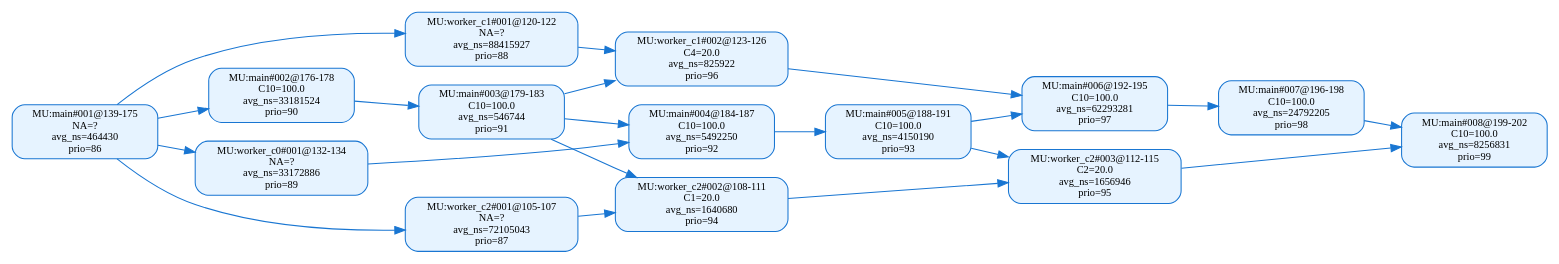
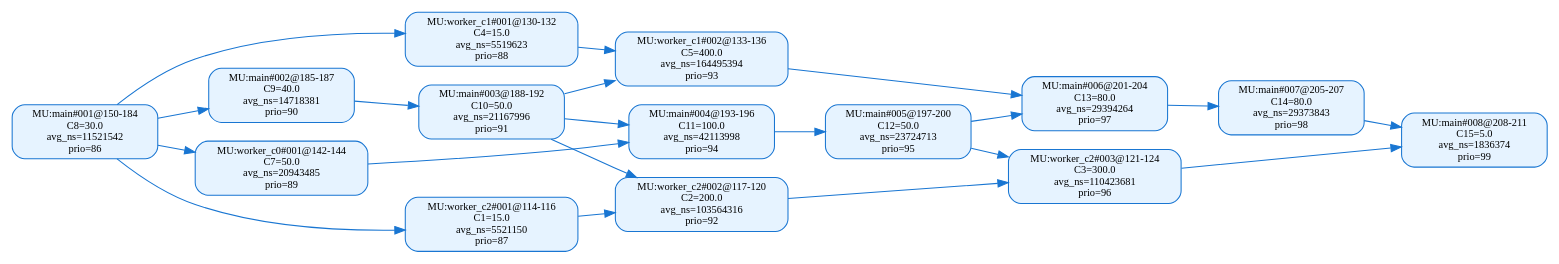
The diagram in 中间结果/zhang2/pipeline/validation/level2/effective_line_merge/t_level/dag_seg_annotated_value.dot (RTS-SYSU/DAG-Gen), drawn with Graphviz before and after one commit. The commit also changed 4464 other files, not shown here.

```diff
--- a/中间结果/zhang2/pipeline/validation/level2/effective_line_merge/t_level/dag_seg_annotated_value.dot
+++ b/中间结果/zhang2/pipeline/validation/level2/effective_line_merge/t_level/dag_seg_annotated_value.dot
@@ -1,38 +1,38 @@
 digraph dag_seg_annotated_value {
   rankdir=LR;
   node [shape=box, style="rounded,filled", fillcolor="#E6F3FF", color="#1976D2", fontsize=10];
   edge [color="#1976D2"];
-  "MU:main#001@139-175" [label="MU:main#001@139-175\nNA=?\navg_ns=464430\nprio=86"];
-  "MU:main#002@176-178" [label="MU:main#002@176-178\nC10=100.0\navg_ns=33181524\nprio=90"];
-  "MU:main#003@179-183" [label="MU:main#003@179-183\nC10=100.0\navg_ns=546744\nprio=91"];
-  "MU:main#004@184-187" [label="MU:main#004@184-187\nC10=100.0\navg_ns=5492250\nprio=92"];
-  "MU:main#005@188-191" [label="MU:main#005@188-191\nC10=100.0\navg_ns=4150190\nprio=93"];
-  "MU:main#006@192-195" [label="MU:main#006@192-195\nC10=100.0\navg_ns=62293281\nprio=97"];
-  "MU:main#007@196-198" [label="MU:main#007@196-198\nC10=100.0\navg_ns=24792205\nprio=98"];
-  "MU:main#008@199-202" [label="MU:main#008@199-202\nC10=100.0\navg_ns=8256831\nprio=99"];
-  "MU:worker_c0#001@132-134" [label="MU:worker_c0#001@132-134\nNA=?\navg_ns=33172886\nprio=89"];
-  "MU:worker_c1#001@120-122" [label="MU:worker_c1#001@120-122\nNA=?\navg_ns=88415927\nprio=88"];
-  "MU:worker_c1#002@123-126" [label="MU:worker_c1#002@123-126\nC4=20.0\navg_ns=825922\nprio=96"];
-  "MU:worker_c2#001@105-107" [label="MU:worker_c2#001@105-107\nNA=?\navg_ns=72105043\nprio=87"];
-  "MU:worker_c2#002@108-111" [label="MU:worker_c2#002@108-111\nC1=20.0\navg_ns=1640680\nprio=94"];
-  "MU:worker_c2#003@112-115" [label="MU:worker_c2#003@112-115\nC2=20.0\navg_ns=1656946\nprio=95"];
-  "MU:worker_c2#001@105-107" -> "MU:worker_c2#002@108-111";
-  "MU:worker_c2#002@108-111" -> "MU:worker_c2#003@112-115";
-  "MU:worker_c1#001@120-122" -> "MU:worker_c1#002@123-126";
-  "MU:main#001@139-175" -> "MU:main#002@176-178";
-  "MU:main#002@176-178" -> "MU:main#003@179-183";
-  "MU:main#003@179-183" -> "MU:main#004@184-187";
-  "MU:main#004@184-187" -> "MU:main#005@188-191";
-  "MU:main#005@188-191" -> "MU:main#006@192-195";
-  "MU:main#006@192-195" -> "MU:main#007@196-198";
-  "MU:main#007@196-198" -> "MU:main#008@199-202";
-  "MU:main#001@139-175" -> "MU:worker_c0#001@132-134";
-  "MU:main#001@139-175" -> "MU:worker_c1#001@120-122";
-  "MU:main#001@139-175" -> "MU:worker_c2#001@105-107";
-  "MU:worker_c0#001@132-134" -> "MU:main#004@184-187";
-  "MU:worker_c1#002@123-126" -> "MU:main#006@192-195";
-  "MU:worker_c2#003@112-115" -> "MU:main#008@199-202";
-  "MU:main#003@179-183" -> "MU:worker_c2#002@108-111";
-  "MU:main#005@188-191" -> "MU:worker_c2#003@112-115";
-  "MU:main#003@179-183" -> "MU:worker_c1#002@123-126";
+  "MU:main#001@150-184" [label="MU:main#001@150-184\nC8=30.0\navg_ns=11521542\nprio=86"];
+  "MU:main#002@185-187" [label="MU:main#002@185-187\nC9=40.0\navg_ns=14718381\nprio=90"];
+  "MU:main#003@188-192" [label="MU:main#003@188-192\nC10=50.0\navg_ns=21167996\nprio=91"];
+  "MU:main#004@193-196" [label="MU:main#004@193-196\nC11=100.0\navg_ns=42113998\nprio=94"];
+  "MU:main#005@197-200" [label="MU:main#005@197-200\nC12=50.0\navg_ns=23724713\nprio=95"];
+  "MU:main#006@201-204" [label="MU:main#006@201-204\nC13=80.0\navg_ns=29394264\nprio=97"];
+  "MU:main#007@205-207" [label="MU:main#007@205-207\nC14=80.0\navg_ns=29373843\nprio=98"];
+  "MU:main#008@208-211" [label="MU:main#008@208-211\nC15=5.0\navg_ns=1836374\nprio=99"];
+  "MU:worker_c0#001@142-144" [label="MU:worker_c0#001@142-144\nC7=50.0\navg_ns=20943485\nprio=89"];
+  "MU:worker_c1#001@130-132" [label="MU:worker_c1#001@130-132\nC4=15.0\navg_ns=5519623\nprio=88"];
+  "MU:worker_c1#002@133-136" [label="MU:worker_c1#002@133-136\nC5=400.0\navg_ns=164495394\nprio=93"];
+  "MU:worker_c2#001@114-116" [label="MU:worker_c2#001@114-116\nC1=15.0\navg_ns=5521150\nprio=87"];
+  "MU:worker_c2#002@117-120" [label="MU:worker_c2#002@117-120\nC2=200.0\navg_ns=103564316\nprio=92"];
+  "MU:worker_c2#003@121-124" [label="MU:worker_c2#003@121-124\nC3=300.0\navg_ns=110423681\nprio=96"];
+  "MU:worker_c2#001@114-116" -> "MU:worker_c2#002@117-120";
+  "MU:worker_c2#002@117-120" -> "MU:worker_c2#003@121-124";
+  "MU:worker_c1#001@130-132" -> "MU:worker_c1#002@133-136";
+  "MU:main#001@150-184" -> "MU:main#002@185-187";
+  "MU:main#002@185-187" -> "MU:main#003@188-192";
+  "MU:main#003@188-192" -> "MU:main#004@193-196";
+  "MU:main#004@193-196" -> "MU:main#005@197-200";
+  "MU:main#005@197-200" -> "MU:main#006@201-204";
+  "MU:main#006@201-204" -> "MU:main#007@205-207";
+  "MU:main#007@205-207" -> "MU:main#008@208-211";
+  "MU:main#001@150-184" -> "MU:worker_c0#001@142-144";
+  "MU:main#001@150-184" -> "MU:worker_c1#001@130-132";
+  "MU:main#001@150-184" -> "MU:worker_c2#001@114-116";
+  "MU:worker_c0#001@142-144" -> "MU:main#004@193-196";
+  "MU:worker_c1#002@133-136" -> "MU:main#006@201-204";
+  "MU:worker_c2#003@121-124" -> "MU:main#008@208-211";
+  "MU:main#003@188-192" -> "MU:worker_c2#002@117-120";
+  "MU:main#005@197-200" -> "MU:worker_c2#003@121-124";
+  "MU:main#003@188-192" -> "MU:worker_c1#002@133-136";
 }
```
